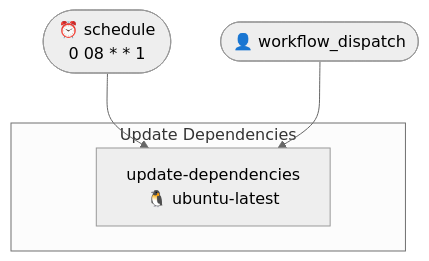
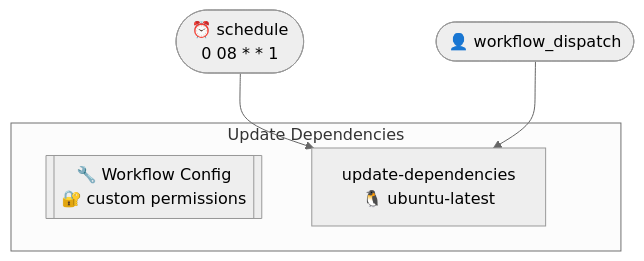
The first of 2 diagrams in .github/typeflows/update-dependencies/README.md (http4k/www), drawn with Mermaid (neutral theme) before and after one commit. The commit also changed other lines of this file and 9 other files, not shown here.

````diff
--- a/.github/typeflows/update-dependencies/README.md
+++ b/.github/typeflows/update-dependencies/README.md
@@ -3,11 +3,12 @@
 ```mermaid
 %%{init: {"flowchart": {"curve": "basis"}}}%%
 flowchart TD
     schedule(["⏰ schedule<br/>0 08 * * 1"])
     workflowdispatch(["👤 workflow_dispatch"])
     subgraph updatedependenciesyml["Update Dependencies"]
+        updatedependenciesyml_metadata[["🔧 Workflow Config<br/>🔐 custom permissions"]]
         updatedependenciesyml_updatedependencies["update-dependencies<br/>🐧 ubuntu-latest"]
     end
     schedule --> updatedependenciesyml_updatedependencies
     workflowdispatch --> updatedependenciesyml_updatedependencies
 ```
````
